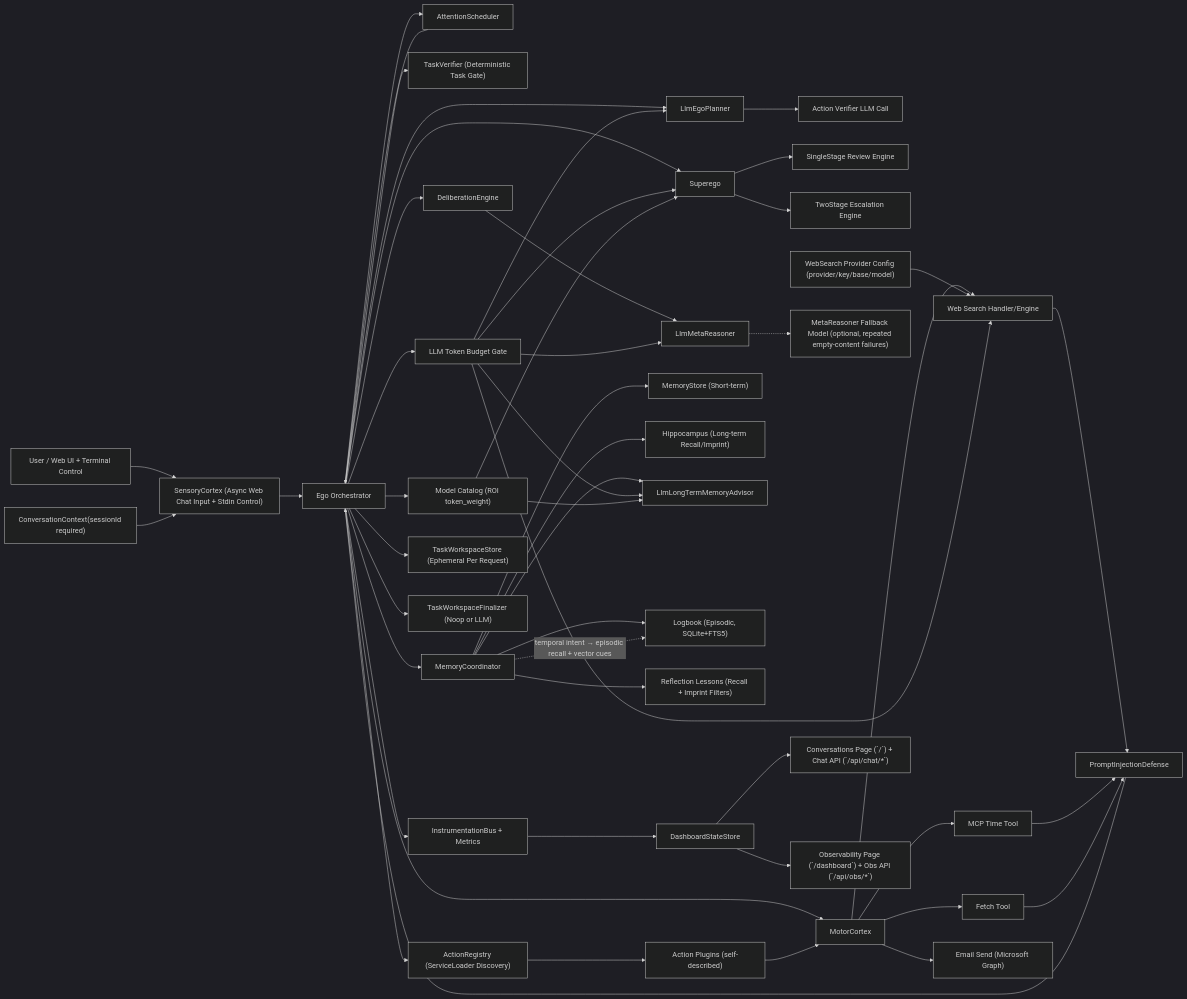
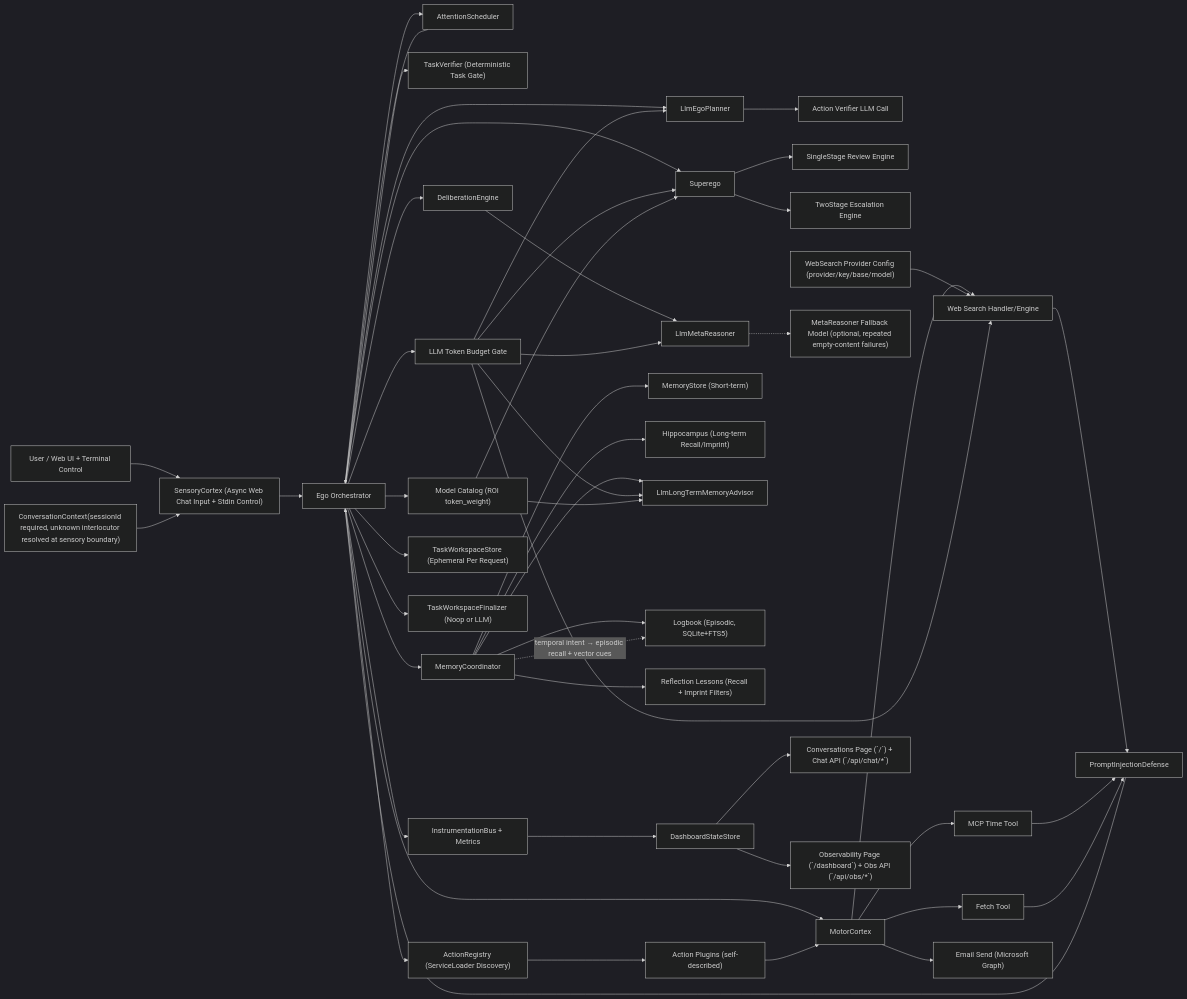
The first of 6 diagrams in AGENT_LOGIC_DIAGRAM.md (neopsyke/NeoPsyke), drawn with Mermaid (dark theme) before and after one commit. The commit also changed other lines of this file and 18 other files, not shown here.

````diff
--- a/AGENT_LOGIC_DIAGRAM.md
+++ b/AGENT_LOGIC_DIAGRAM.md
@@ -8,60 +8,60 @@
 ```mermaid
 flowchart LR
     U["User / Web UI + Terminal Control"] --> SC["SensoryCortex (Async Web Chat Input + Stdin Control)"]
     SC --> E["Ego Orchestrator"]
-    NoteCtx["ConversationContext(sessionId required)"] --> SC
+    NoteCtx["ConversationContext(sessionId required, unknown interlocutor resolved at sensory boundary)"] --> SC
 
     E --> AS["AttentionScheduler"]
     AS --> E
 
     E --> P["LlmEgoPlanner"]
     P --> AV["Action Verifier LLM Call"]
     E --> TV["TaskVerifier (Deterministic Task Gate)"]
     E --> S["Superego"]
     S --> S1["SingleStage Review Engine"]
     S --> S2["TwoStage Escalation Engine"]
     E --> AR["ActionRegistry (ServiceLoader Discovery)"]
     E --> M["MotorCortex"]
     E --> BG["LLM Token Budget Gate"]
     E --> MCat["Model Catalog (ROI token_weight)"]
 
     E --> DE["DeliberationEngine"]
     DE --> MR["LlmMetaReasoner"]
     MR -.-> MRF["MetaReasoner Fallback Model (optional, repeated empty-content failures)"]
 
     E --> MC["MemoryCoordinator"]
     MC --> MS["MemoryStore (Short-term)"]
     MC --> H["Hippocampus (Long-term Recall/Imprint)"]
     MC --> LTM["LlmLongTermMemoryAdvisor"]
     MC --> LB["Logbook (Episodic, SQLite+FTS5)"]
     MC --> RL["Reflection Lessons (Recall + Imprint Filters)"]
     MC -.->|"temporal intent → episodic recall + vector cues"| LB
     E --> TWS["TaskWorkspaceStore (Ephemeral Per Request)"]
     E --> TWF["TaskWorkspaceFinalizer (Noop or LLM)"]
 
     AR --> AP["Action Plugins (self-described)"]
     AP --> M
 
     M --> WS["Web Search Handler/Engine"]
     CfgWS["WebSearch Provider Config (provider/key/base/model)"] --> WS
     M --> MT["MCP Time Tool"]
     M --> MF["Fetch Tool"]
     M --> EM["Email Send (Microsoft Graph)"]
     WS --> PID["PromptInjectionDefense"]
     MT --> PID
     MF --> PID
     PID --> E
 
     BG --> P
     BG --> S
     BG --> MR
     BG --> LTM
     BG --> WS
     MCat --> S
     MCat --> LTM
 
     E --> I["InstrumentationBus + Metrics"]
     I --> DS["DashboardStateStore"]
     DS --> CP["Conversations Page (`/`) + Chat API (`/api/chat/*`)"]
     DS --> OP["Observability Page (`/dashboard`) + Obs API (`/api/obs/*`)"]
 ```
````
